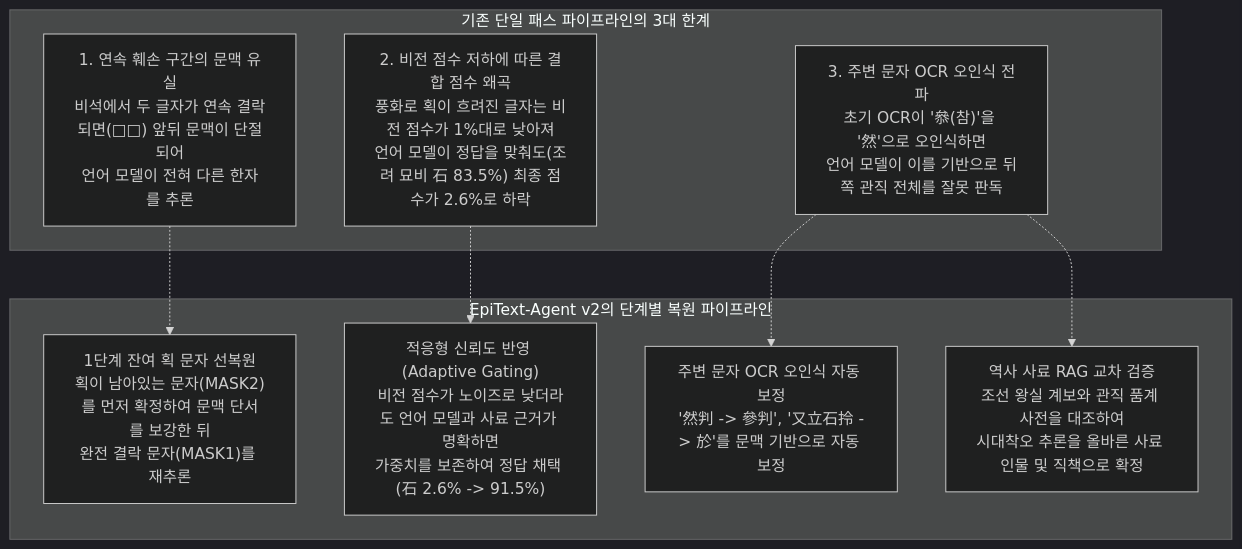
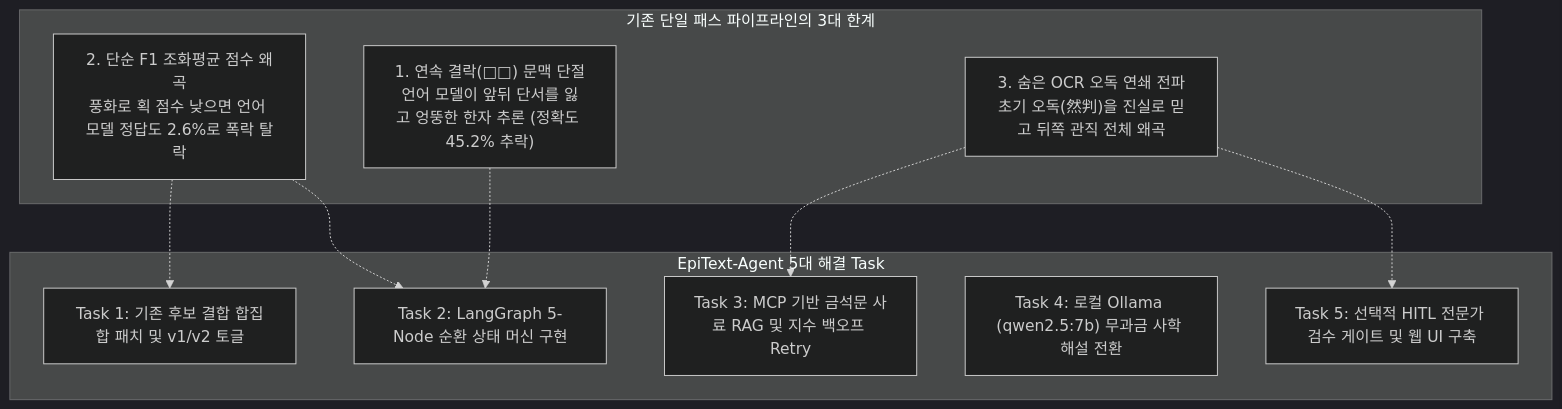
The first of 2 diagrams in README.md (rntqkdl/epitext-ai-agent), drawn with Mermaid (dark theme) before and after one commit. The commit also changed other lines of this file, not shown here.

Commit message:
docs: restructure README to match SKALA Mini-Project final report template (Task 2)

````diff
--- a/README.md
+++ b/README.md
@@ -24,20 +55,22 @@
 ```mermaid
 flowchart TD
-    subgraph Problem["기존 단일 패스 파이프라인의 3대 한계"]
-        P1["1. 연속 훼손 구간의 문맥 유실\n비석에서 두 글자가 연속 결락되면(□□) 앞뒤 문맥이 단절되어\n언어 모델이 전혀 다른 한자를 추론"]
-        P2["2. 비전 점수 저하에 따른 결합 점수 왜곡\n풍화로 획이 흐려진 글자는 비전 점수가 1%대로 낮아져\n언어 모델이 정답을 맞춰도(조려 묘비 石 83.5%) 최종 점수가 2.6%로 하락"]
-        P3["3. 주변 문자 OCR 오인식 전파\n초기 OCR이 '叅(참)'을 '然'으로 오인식하면\n언어 모델이 이를 기반으로 뒤쪽 관직 전체를 잘못 판독"]
+    subgraph Legacy["기존 단일 패스 파이프라인의 3대 한계"]
+        P1["1. 연속 결락(□□) 문맥 단절\n언어 모델이 앞뒤 단서를 잃고 엉뚱한 한자 추론 (정확도 45.2% 추락)"]
+        P2["2. 단순 F1 조화평균 점수 왜곡\n풍화로 획 점수 낮으면 언어 모델 정답도 2.6%로 폭락 탈락"]
+        P3["3. 숨은 OCR 오독 연쇄 전파\n초기 오독(然判)을 진실로 믿고 뒤쪽 관직 전체 왜곡"]
     end
 
-    subgraph Solution["EpiText-Agent v2의 단계별 복원 파이프라인"]
-        S1["1단계 잔여 획 문자 선복원\n획이 남아있는 문자(MASK2)를 먼저 확정하여 문맥 단서를 보강한 뒤\n완전 결락 문자(MASK1)를 재추론"]
-        S2["적응형 신뢰도 반영 (Adaptive Gating)\n비전 점수가 노이즈로 낮더라도 언어 모델과 사료 근거가 명확하면\n가중치를 보존하여 정답 채택 (石 2.6% -> 91.5%)"]
-        S3["주변 문자 OCR 오인식 자동 보정\n'然判 -> 參判', '又立石拎 -> 於'를 문맥 기반으로 자동 보정"]
-        S4["역사 사료 RAG 교차 검증\n조선 왕실 계보와 관직 품계 사전을 대조하여\n시대착오 추론을 올바른 사료 인물 및 직책으로 확정"]
+    subgraph Solution["EpiText-Agent 5대 해결 Task"]
+        T1["Task 1: 기존 후보 결합 합집합 패치 및 v1/v2 토글"]
+        T2["Task 2: LangGraph 5-Node 순환 상태 머신 구현"]
+        T3["Task 3: MCP 기반 금석문 사료 RAG 및 지수 백오프 Retry"]
+        T4["Task 4: 로컬 Ollama (qwen2.5:7b) 무과금 사학 해설 전환"]
+        T5["Task 5: 선택적 HITL 전문가 검수 게이트 및 웹 UI 구축"]
     end
 
-    P1 -.-> S1
-    P2 -.-> S2
-    P3 -.-> S3
-    P3 -.-> S4
+    P1 -.-> T2
+    P2 -.-> T1
+    P2 -.-> T2
+    P3 -.-> T3
+    P3 -.-> T5
 ```
````
